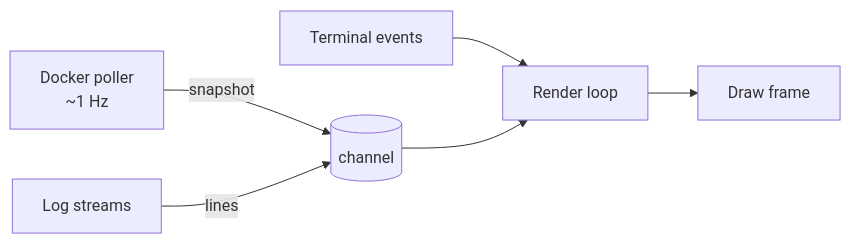
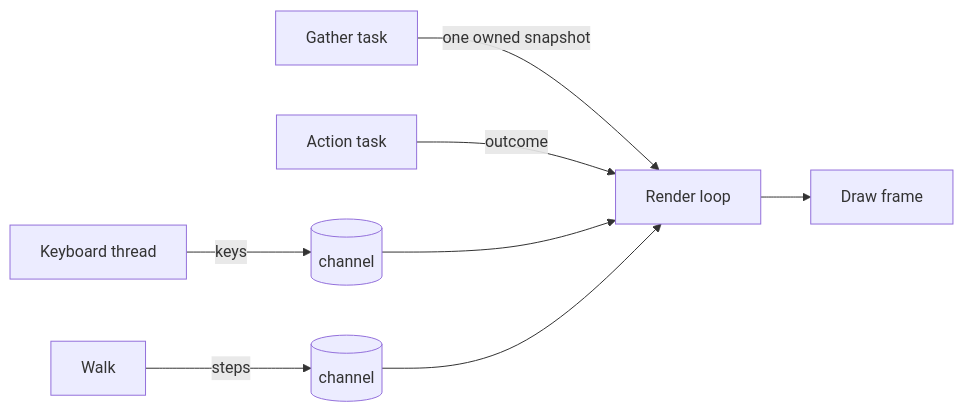
The second of 2 diagrams in 20-architecture/component-model.md (lemonfiber/spec), drawn with Mermaid before and after one commit. The commit also changed other lines of this file and 24 other files, not shown here.

First line of the commit message:
feat(versions): every accepted row has a version or a reason, the architecture's too (#561)

````diff
--- a/20-architecture/component-model.md
+++ b/20-architecture/component-model.md
@@ -260,8 +260,10 @@
 ```mermaid
 flowchart LR
-    poll[Docker poller<br/>~1 Hz] -->|snapshot| ch[(channel)]
-    logs[Log streams] -->|lines| ch
-    input[Terminal events] --> loop
-    ch --> loop[Render loop]
+    gather[Gather task] -->|one owned snapshot| loop[Render loop]
+    keys[Keyboard thread] -->|keys| kch[(channel)]
+    walk[Walk] -->|steps| wch[(channel)]
+    act[Action task] -->|outcome| loop
+    kch --> loop
+    wch --> loop
     loop --> draw[Draw frame]
 ```
````
